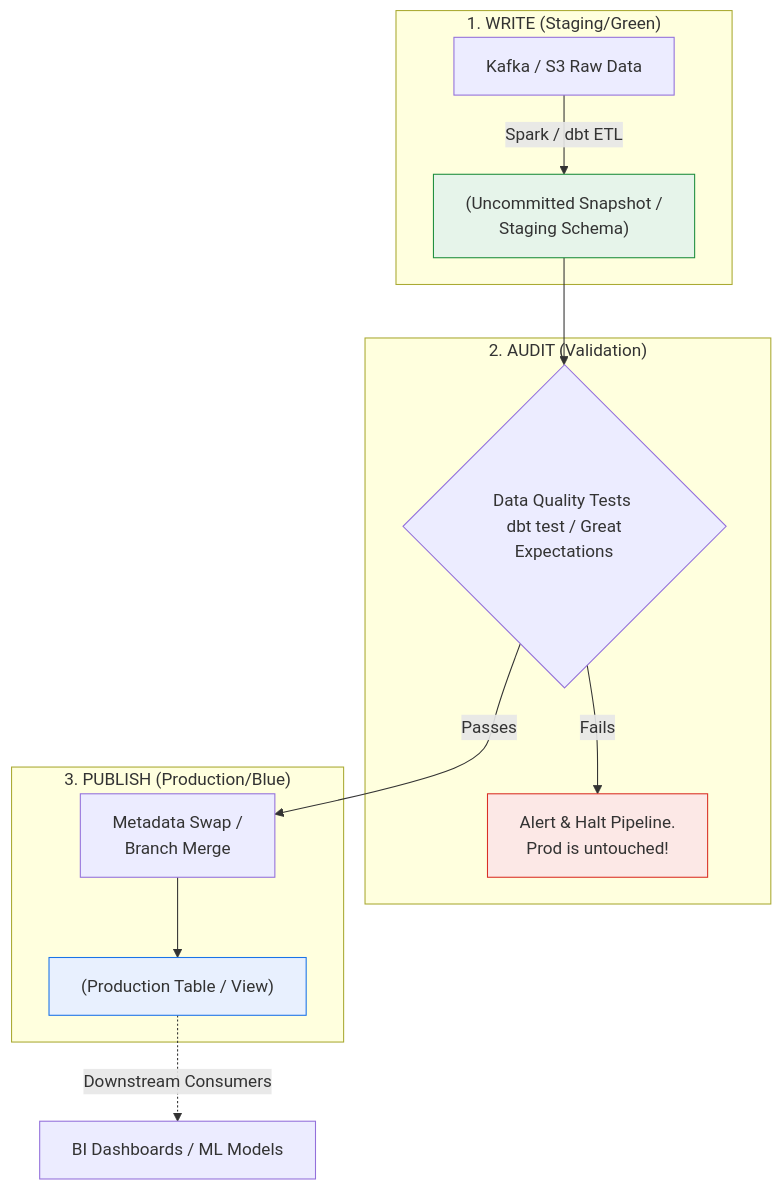
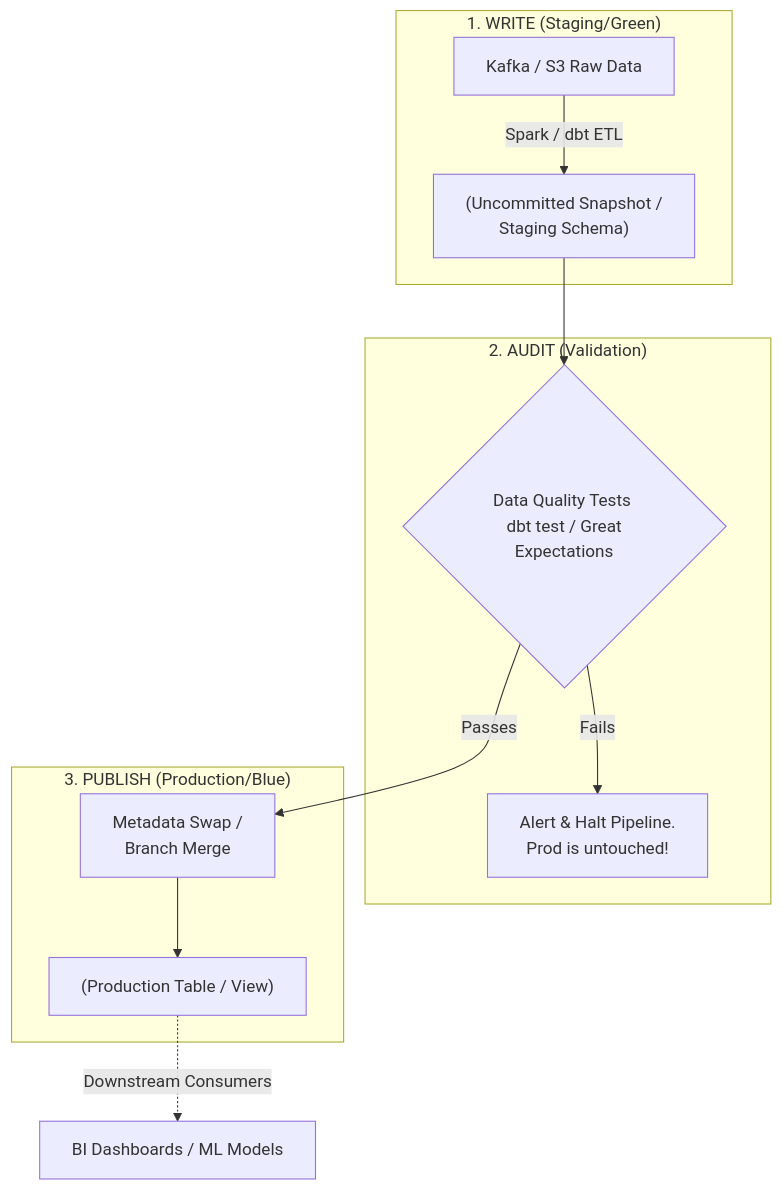
One commit to kythuatdulieu/kythuatdulieu.github.io changed the diagram in src/content/docs/concepts/7-dataops-orchestration-quality/blue-green-deployment-data.md. Above: the diagram before and after it, drawn with Mermaid. The commit also changed 682 other files, not shown here.

````diff
--- a/src/content/docs/concepts/7-dataops-orchestration-quality/blue-green-deployment-data.md
+++ b/src/content/docs/concepts/7-dataops-orchestration-quality/blue-green-deployment-data.md
@@ -26,21 +26,21 @@
 ```mermaid
 graph TD
     subgraph WRITE_OP ["1. WRITE (Staging/Green)"]
         A["Kafka / S3 Raw Data"] -->|Spark / dbt ETL| B["(Uncommitted Snapshot / \n Staging Schema)"]
-        style B fill:#e6f4ea,stroke:#1e8e3e
+
     end
 
     subgraph AUDIT ["2. AUDIT (Validation)"]
         B --> C{"Data Quality Tests \n dbt test / Great Expectations"}
         C -- Fails --> D["Alert & Halt Pipeline. \n Prod is untouched!"]
-        style D fill:#fce8e6,stroke:#d93025
+
     end
 
     subgraph PUBLISH ["3. PUBLISH (Production/Blue)"]
         C -- Passes --> E["Metadata Swap / \n Branch Merge"]
         E --> F["(Production Table / View)"]
-        style F fill:#e8f0fe,stroke:#1a73e8
+
     end
     
     F -.->|Downstream Consumers| G["BI Dashboards / ML Models"]
 ```
````
